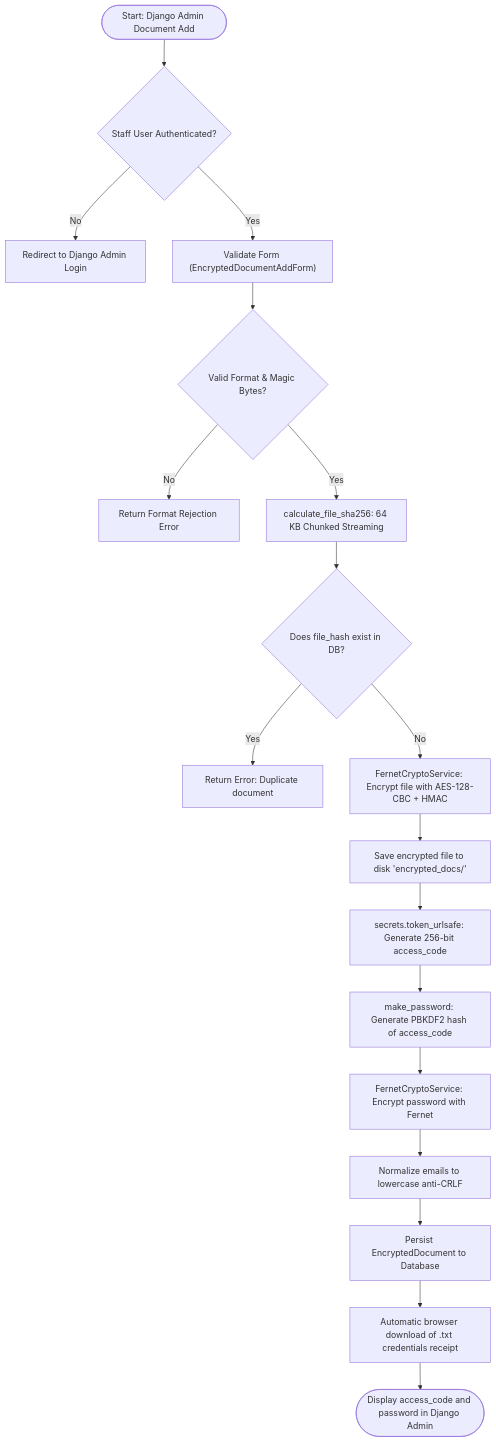
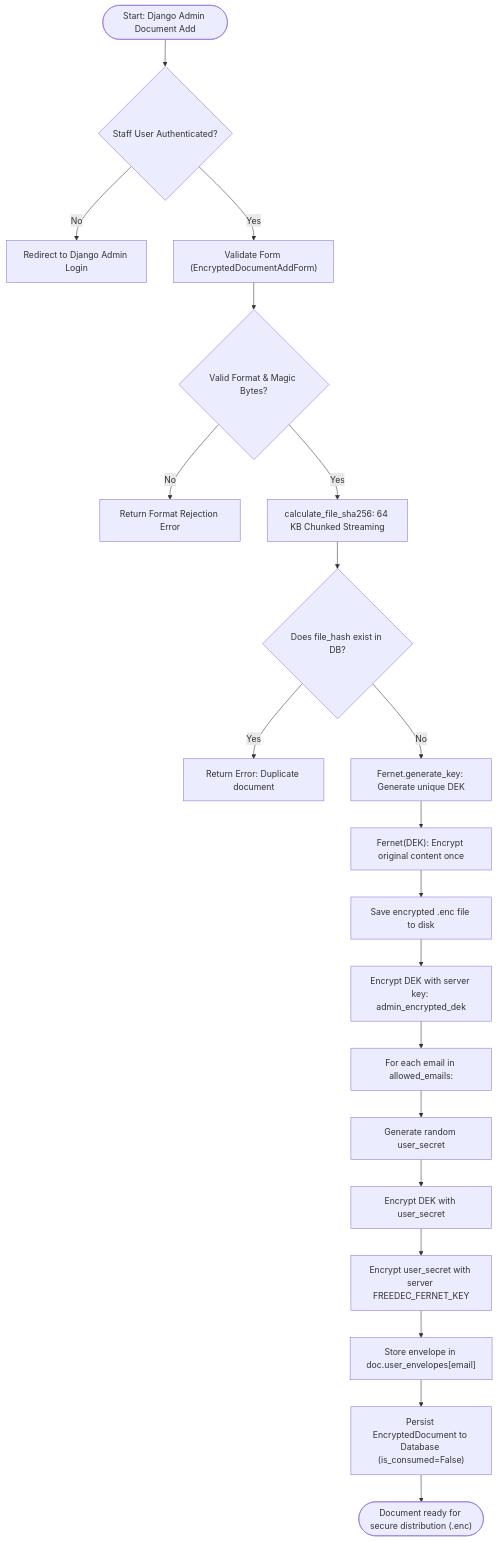
The fourth of 6 diagrams in docs/ARCHITECTURE.md (jrubioh1/Freedec), drawn with Mermaid before and after one commit. The commit also changed other lines of this file and 20 other files, not shown here.

````diff
--- a/docs/ARCHITECTURE.md
+++ b/docs/ARCHITECTURE.md
@@ -215,20 +254,22 @@
 ```mermaid
 flowchart TD
     A(["Start: Django Admin Document Add"]) --> B{"Staff User Authenticated?"}
     B -- "No" --> C["Redirect to Django Admin Login"]
     B -- "Yes" --> D["Validate Form (EncryptedDocumentAddForm)"]
     D --> E{"Valid Format & Magic Bytes?"}
     E -- "No" --> F["Return Format Rejection Error"]
     E -- "Yes" --> G["calculate_file_sha256: 64 KB Chunked Streaming"]
     G --> H{"Does file_hash exist in DB?"}
     H -- "Yes" --> I["Return Error: Duplicate document"]
-    H -- "No" --> J["FernetCryptoService: Encrypt file with AES-128-CBC + HMAC"]
-    J --> K["Save encrypted file to disk 'encrypted_docs/'"]
-    K --> L["secrets.token_urlsafe: Generate 256-bit access_code"]
-    L --> M["make_password: Generate PBKDF2 hash of access_code"]
-    M --> N["FernetCryptoService: Encrypt password with Fernet"]
-    N --> O["Normalize emails to lowercase anti-CRLF"]
-    O --> P["Persist EncryptedDocument to Database"]
-    P --> Q["Automatic browser download of .txt credentials receipt"]
-    Q --> R(["Display access_code and password in Django Admin"])
+    H -- "No" --> J["Fernet.generate_key: Generate unique DEK"]
+    J --> K["Fernet(DEK): Encrypt original content once"]
+    K --> L["Save encrypted .enc file to disk"]
+    L --> M["Encrypt DEK with server key: admin_encrypted_dek"]
+    M --> N["For each email in allowed_emails:"]
+    N --> O["Generate random user_secret"]
+    O --> P["Encrypt DEK with user_secret"]
+    P --> Q["Encrypt user_secret with server FREEDEC_FERNET_KEY"]
+    Q --> R["Store envelope in doc.user_envelopes[email]"]
+    R --> S["Persist EncryptedDocument to Database (is_consumed=False)"]
+    S --> T(["Document ready for secure distribution (.enc)"])
 ```
````
